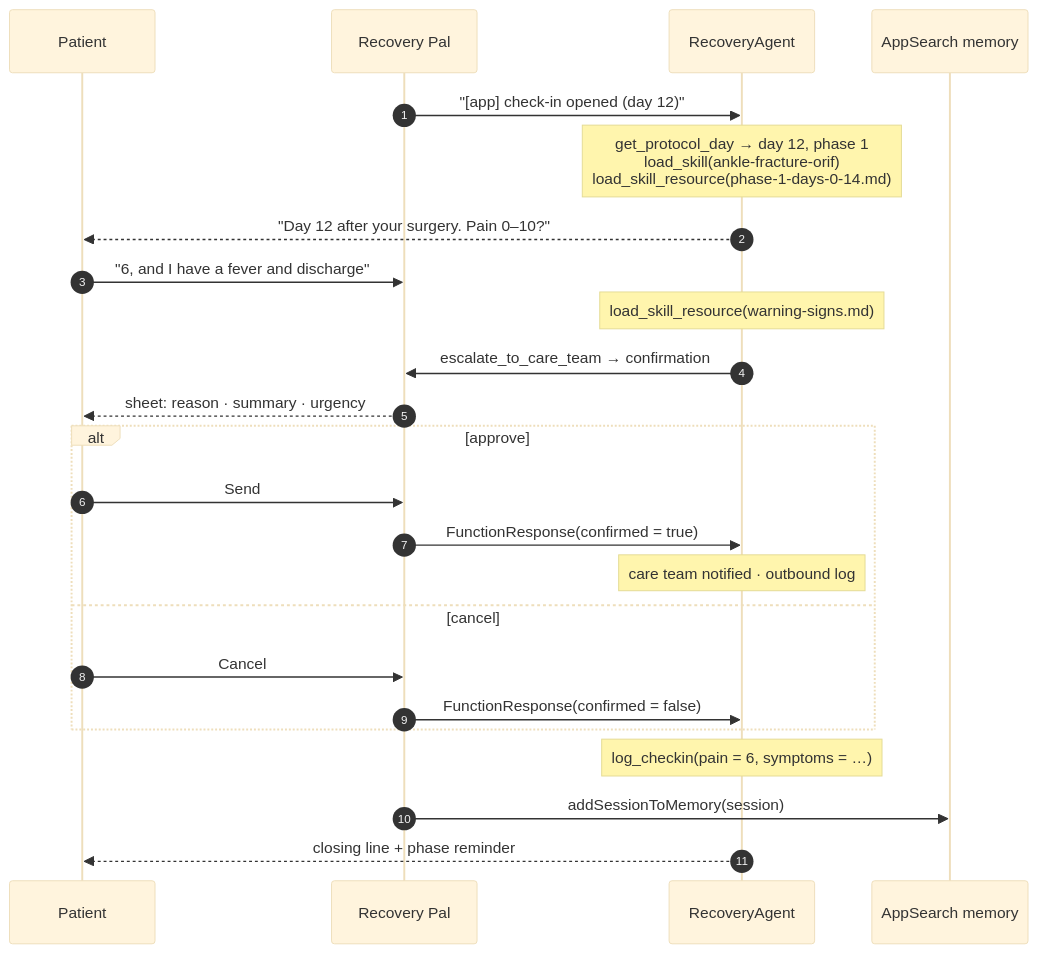
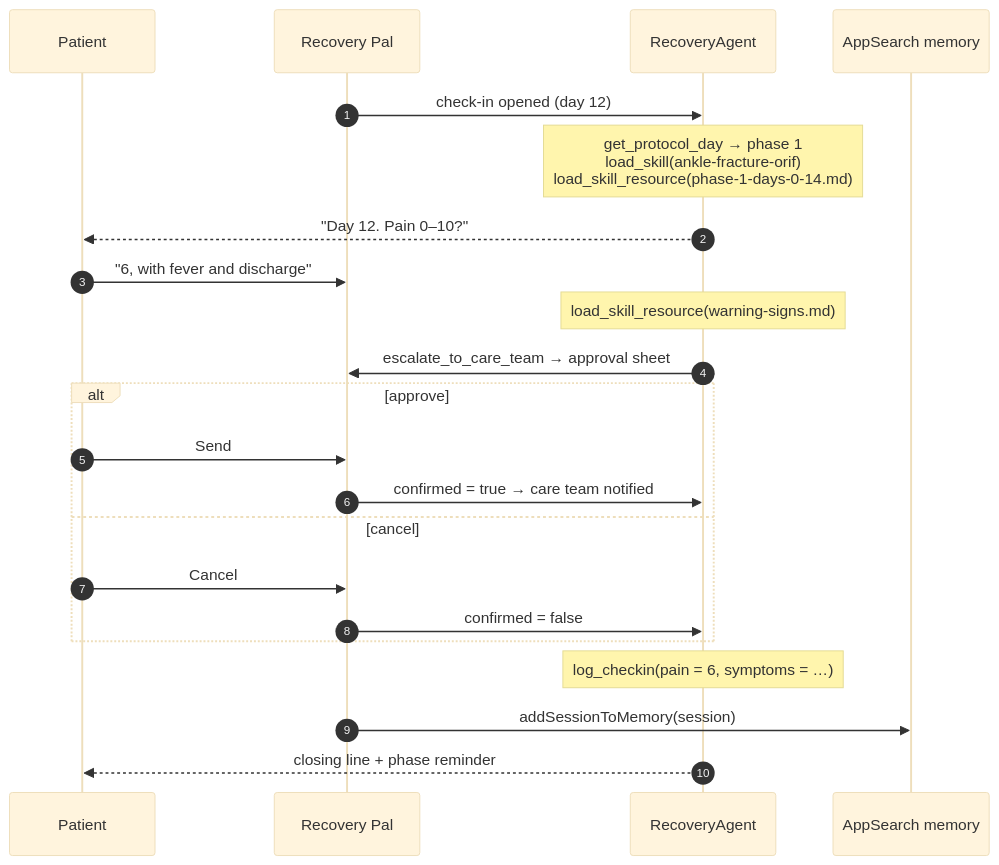
One commit to ykro/recovery-pal-demo changed the third of 3 diagrams in README.md. Above: the diagram before and after it, drawn with Mermaid (base theme). The commit also changed other lines of this file, not shown here.

First line of the commit message:
Trail Aid: start the CPR metronome deterministically; clearer diagrams; public repos

````diff
--- a/README.md
+++ b/README.md
@@ -79,26 +74,24 @@
 ```mermaid
 sequenceDiagram
   autonumber
   participant P as Patient
   participant App as Recovery Pal
   participant A as RecoveryAgent
   participant M as AppSearch memory
-  App->>A: "[app] check-in opened (day 12)"
-  Note over A: get_protocol_day → day 12, phase 1<br/>load_skill(ankle-fracture-orif)<br/>load_skill_resource(phase-1-days-0-14.md)
-  A-->>P: "Day 12 after your surgery. Pain 0–10?"
-  P->>App: "6, and I have a fever and discharge"
+  App->>A: check-in opened (day 12)
+  Note over A: get_protocol_day → phase 1<br/>load_skill(ankle-fracture-orif)<br/>load_skill_resource(phase-1-days-0-14.md)
+  A-->>P: "Day 12. Pain 0–10?"
+  P->>App: "6, with fever and discharge"
   Note over A: load_skill_resource(warning-signs.md)
-  A->>App: escalate_to_care_team → confirmation
-  App-->>P: sheet: reason · summary · urgency
+  A->>App: escalate_to_care_team → approval sheet
   alt approve
     P->>App: Send
-    App->>A: FunctionResponse(confirmed = true)
-    Note over A: care team notified · outbound log
+    App->>A: confirmed = true → care team notified
   else cancel
     P->>App: Cancel
-    App->>A: FunctionResponse(confirmed = false)
+    App->>A: confirmed = false
   end
   Note over A: log_checkin(pain = 6, symptoms = …)
   App->>M: addSessionToMemory(session)
   A-->>P: closing line + phase reminder
 ```
````
